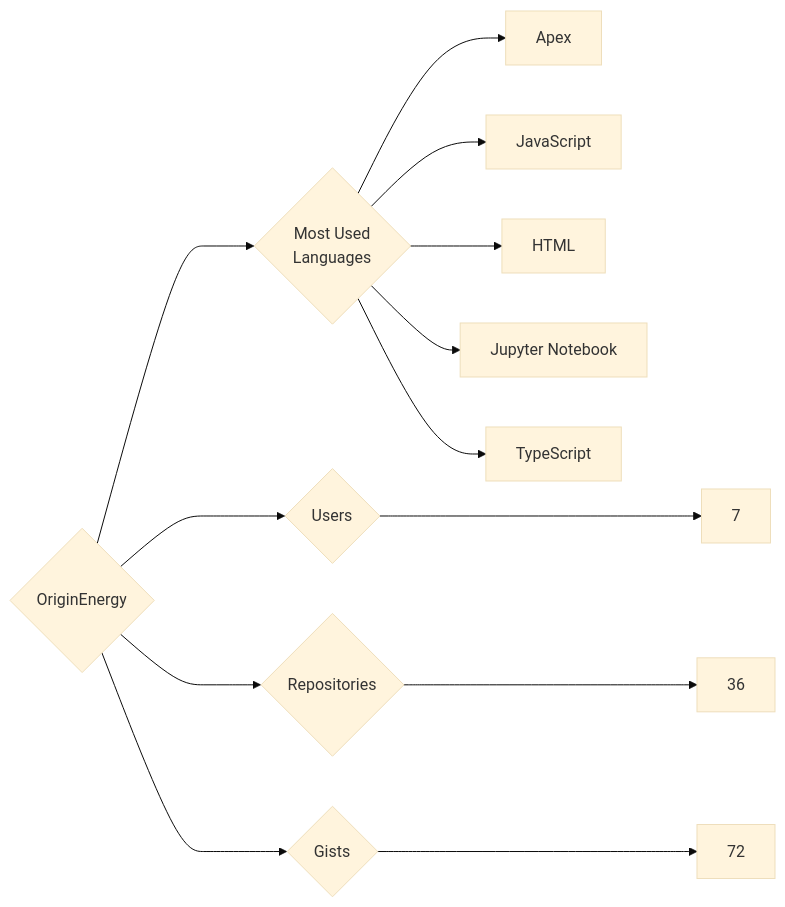
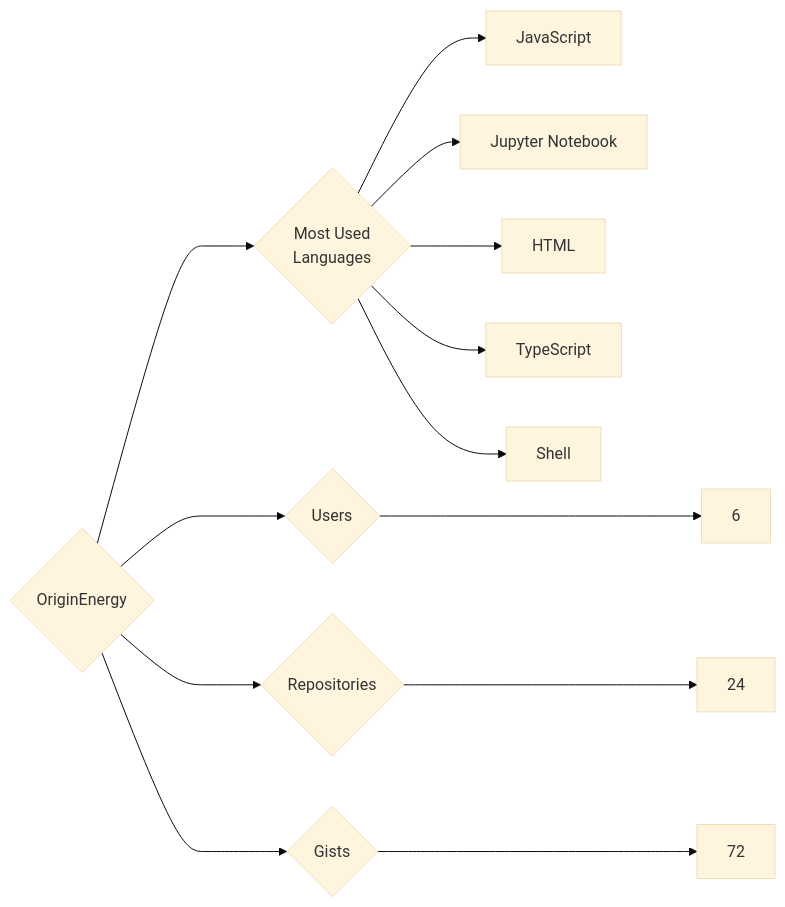
One commit to trickest/insiders changed the diagram in targets/OriginEnergy/README.md. Above: the diagram before and after it, drawn with Mermaid (base theme). The commit also changed 1389 other files, not shown here.

````diff
--- a/targets/OriginEnergy/README.md
+++ b/targets/OriginEnergy/README.md
@@ -3,13 +3,13 @@
 ```mermaid
 graph LR
 COMPANY_NAME{OriginEnergy}
-COMPANY_NAME ---> U{Users} ---> UN[7]
-COMPANY_NAME ---> R{Repositories} ---> RN[36]
+COMPANY_NAME ---> U{Users} ---> UN[6]
+COMPANY_NAME ---> R{Repositories} ---> RN[24]
 COMPANY_NAME ---> G{Gists} ---> GN[72]
 COMPANY_NAME ---> ML{Most Used<br>Languages}
-ML --> Apex[Apex]
 ML --> JavaScript[JavaScript]
+ML --> Jupyter_Notebook[Jupyter Notebook]
 ML --> HTML[HTML]
-ML --> Jupyter_Notebook[Jupyter Notebook]
 ML --> TypeScript[TypeScript]
+ML --> Shell[Shell]
 ```
````
